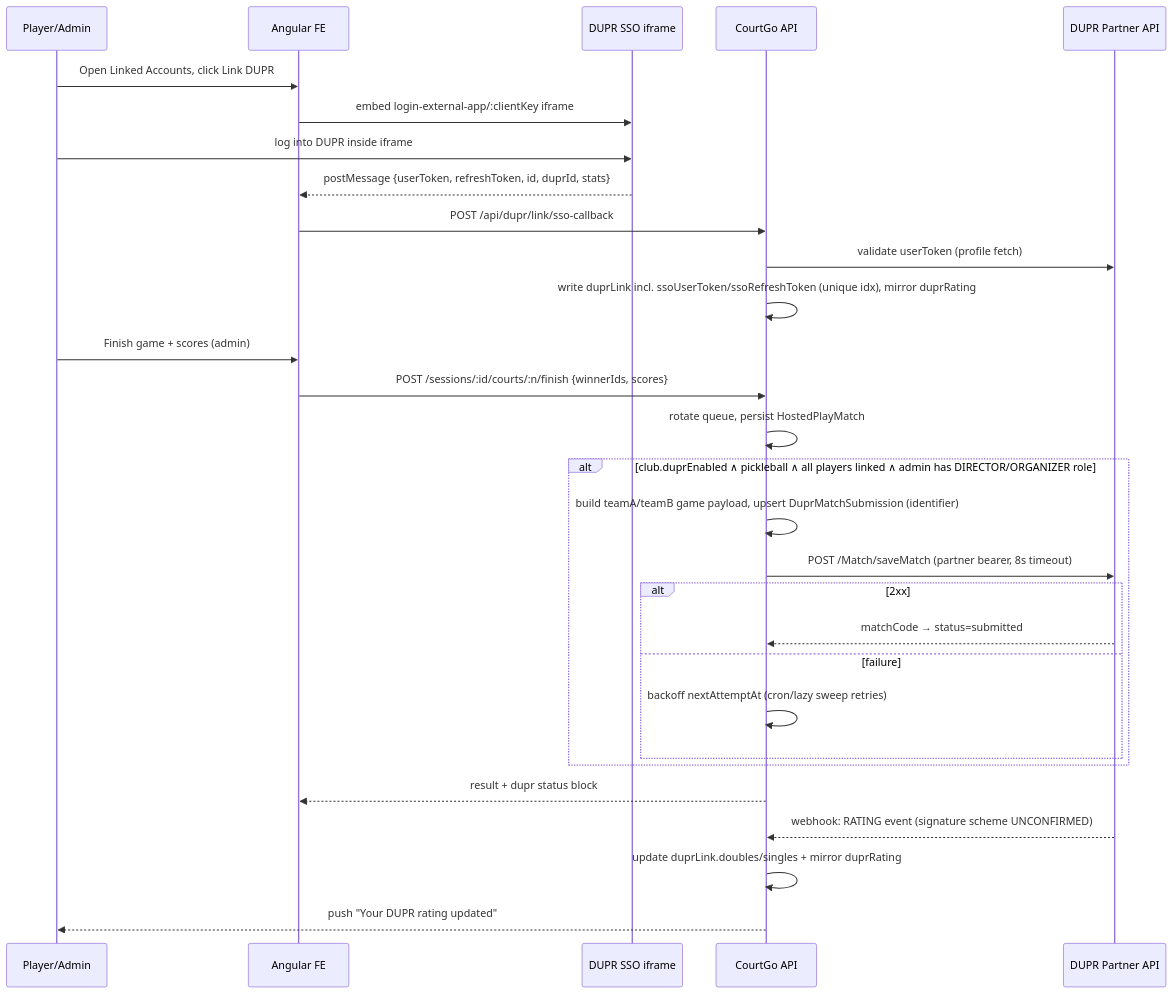
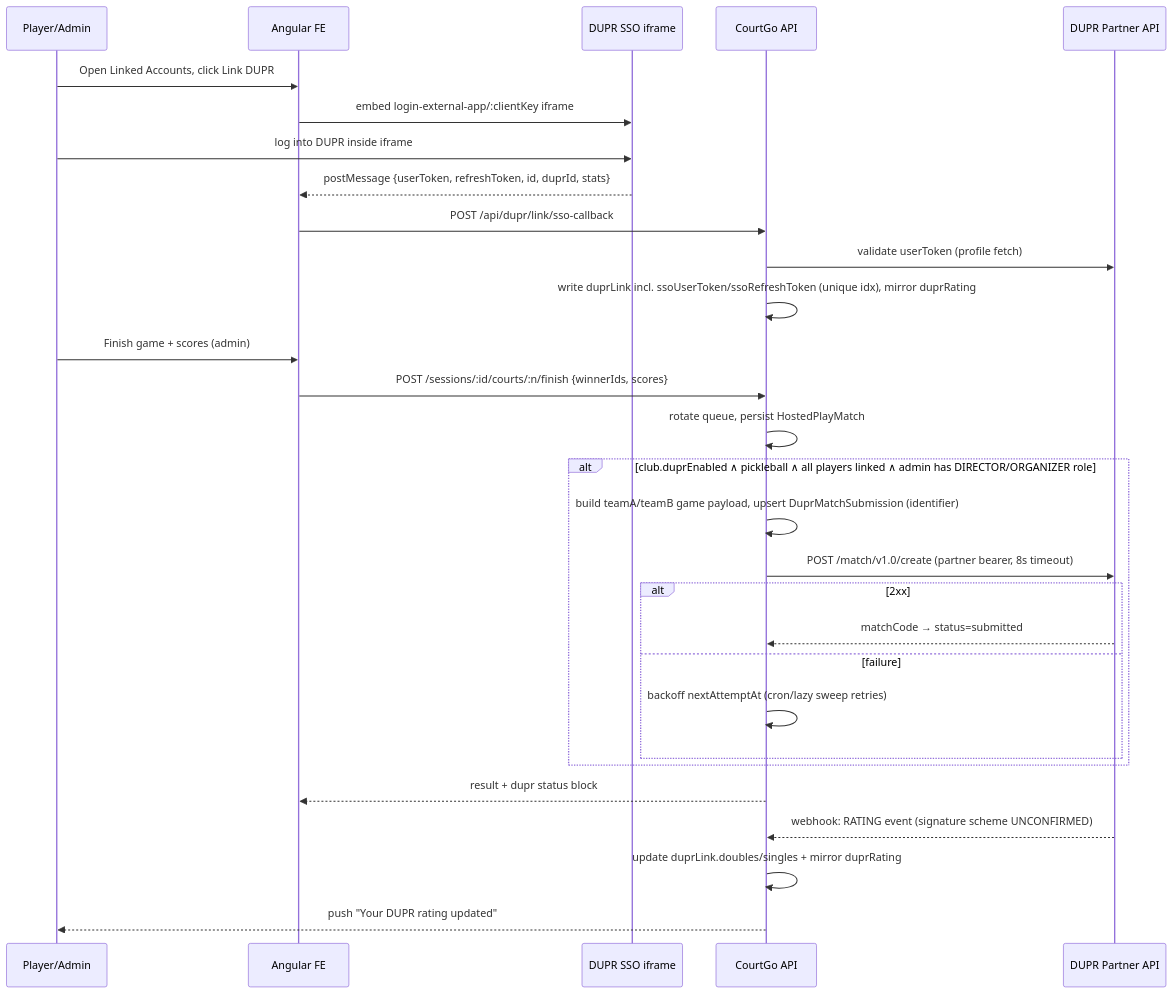
Before and after one commit to roel-sundiam/baseline-gearhub: the diagram in docs/DUPR_INTEGRATION_PLAN.md, drawn with Mermaid. The commit also changed other lines of this file, not shown here.

First line of the commit message:
Document Phase C completion and the real match-submission API shape

````diff
--- a/docs/DUPR_INTEGRATION_PLAN.md
+++ b/docs/DUPR_INTEGRATION_PLAN.md
@@ -177,34 +177,34 @@
 ```mermaid
 sequenceDiagram
     participant P as Player/Admin
     participant FE as Angular FE
     participant D as DUPR SSO iframe
     participant BE as CourtGo API
     participant DP as DUPR Partner API
 
     P->>FE: Open Linked Accounts, click Link DUPR
     FE->>D: embed login-external-app/:clientKey iframe
     P->>D: log into DUPR inside iframe
     D-->>FE: postMessage {userToken, refreshToken, id, duprId, stats}
     FE->>BE: POST /api/dupr/link/sso-callback
     BE->>DP: validate userToken (profile fetch)
     BE->>BE: write duprLink incl. ssoUserToken/ssoRefreshToken (unique idx), mirror duprRating
 
     P->>FE: Finish game + scores (admin)
     FE->>BE: POST /sessions/:id/courts/:n/finish {winnerIds, scores}
     BE->>BE: rotate queue, persist HostedPlayMatch
     alt club.duprEnabled ∧ pickleball ∧ all players linked ∧ admin has DIRECTOR/ORGANIZER role
         BE->>BE: build teamA/teamB game payload, upsert DuprMatchSubmission (identifier)
-        BE->>DP: POST /Match/saveMatch (partner bearer, 8s timeout)
+        BE->>DP: POST /match/v1.0/create (partner bearer, 8s timeout)
         alt 2xx
             DP-->>BE: matchCode → status=submitted
         else failure
             BE->>BE: backoff nextAttemptAt (cron/lazy sweep retries)
         end
     end
     BE-->>FE: result + dupr status block
 
     DP-->>BE: webhook: RATING event (signature scheme UNCONFIRMED)
     BE->>BE: update duprLink.doubles/singles + mirror duprRating
     BE-->>P: push "Your DUPR rating updated"
 ```
````
